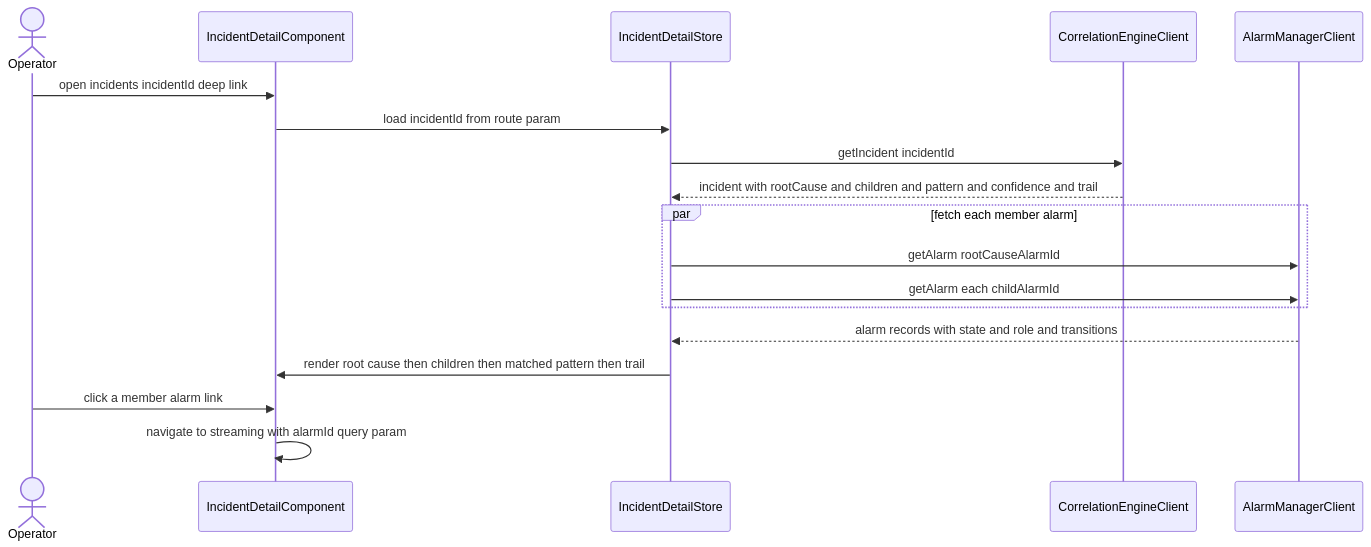
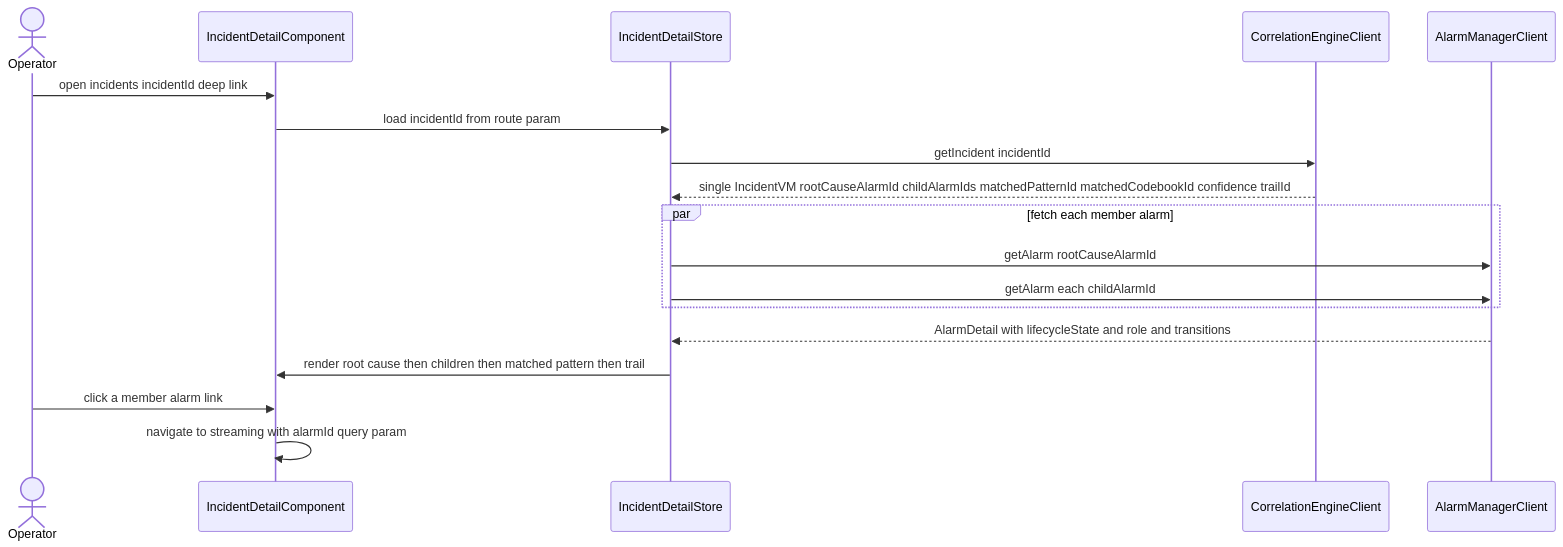
Before and after one commit to nikhilmohan/correlation-platform: the sixth of 13 diagrams in services/web-ui/design.md, drawn with Mermaid. The commit also changed other lines of this file, not shown here.

````diff
--- a/services/web-ui/design.md
+++ b/services/web-ui/design.md
@@ -543,20 +765,20 @@
 ```mermaid
 sequenceDiagram
   actor Operator
   participant Detail as IncidentDetailComponent
   participant Store as IncidentDetailStore
   participant CEC as CorrelationEngineClient
   participant AMC as AlarmManagerClient
   Operator->>Detail: open incidents incidentId deep link
   Detail->>Store: load incidentId from route param
   Store->>CEC: getIncident incidentId
-  CEC-->>Store: incident with rootCause and children and pattern and confidence and trail
+  CEC-->>Store: single IncidentVM rootCauseAlarmId childAlarmIds matchedPatternId matchedCodebookId confidence trailId
   par fetch each member alarm
     Store->>AMC: getAlarm rootCauseAlarmId
     Store->>AMC: getAlarm each childAlarmId
   end
-  AMC-->>Store: alarm records with state and role and transitions
+  AMC-->>Store: AlarmDetail with lifecycleState and role and transitions
   Store->>Detail: render root cause then children then matched pattern then trail
   Operator->>Detail: click a member alarm link
   Detail->>Detail: navigate to streaming with alarmId query param
 ```
````
